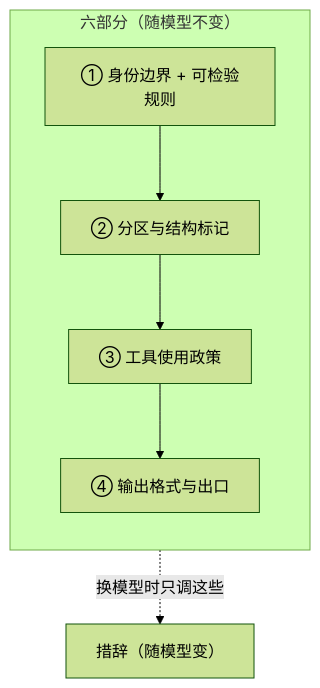
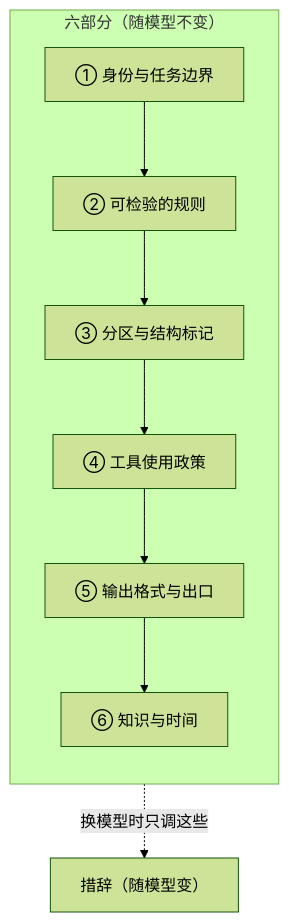
One commit to arganzheng/arganzheng.github.com changed the second of 5 diagrams in slides/2026-10-11-context-engineering.md. Above: the diagram before and after it, drawn with Mermaid (forest theme). The commit also changed other lines of this file, not shown here.

Commit message:
slides/context-engineering: restore dropped mermaid nodes/branches (semantic audit) — split long flows to v sub-slides

````diff
--- a/slides/2026-10-11-context-engineering.md
+++ b/slides/2026-10-11-context-engineering.md
@@ -54,12 +54,14 @@
 ```mermaid
 %%{init: {"flowchart": {"wrappingWidth": 170}}}%%
 flowchart TB
     subgraph SP["六部分（随模型不变）"]
         direction TB
-        A["① 身份边界 + 可检验规则"] --> C["② 分区与结构标记"]
-        C --> D["③ 工具使用政策"]
-        D --> E["④ 输出格式与出口"]
+        A["① 身份与任务边界"] --> B["② 可检验的规则"]
+        B --> C["③ 分区与结构标记"]
+        C --> D["④ 工具使用政策"]
+        D --> E["⑤ 输出格式与出口"]
+        E --> F["⑥ 知识与时间"]
     end
     SP -. "换模型时只调这些" .-> W["措辞（随模型变）"]
 
 ```
````
